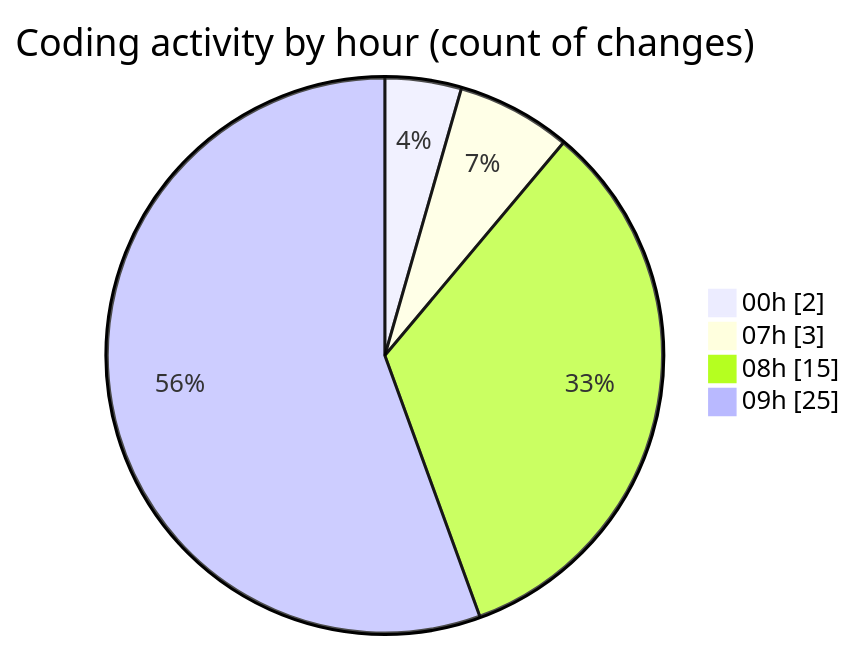
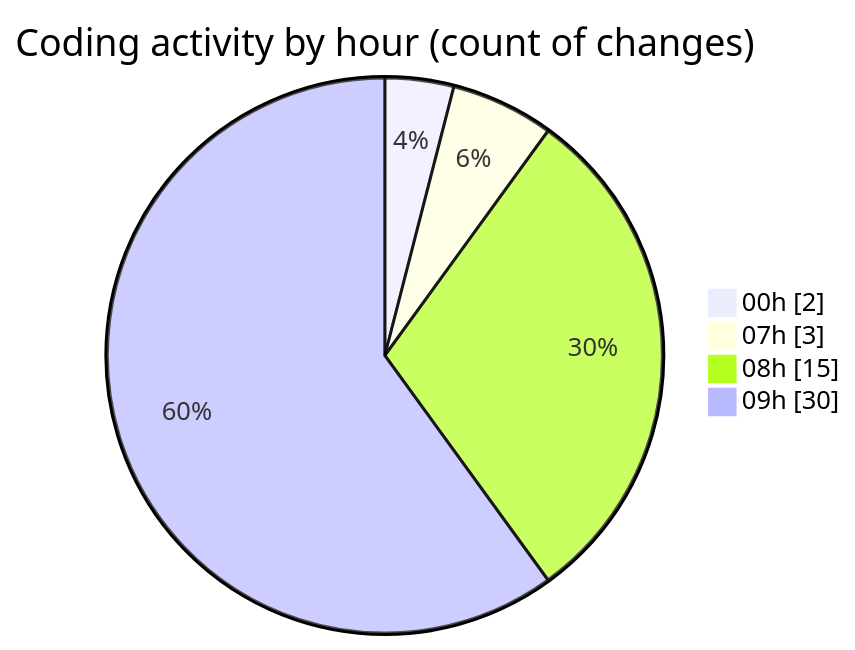
The second of 2 diagrams in 2025-02-10/maps_clone/README.md (donsfak/code-tracking), drawn with Mermaid before and after one commit. The commit also changed other lines of this file and 1 other file, not shown here.

````diff
--- a/2025-02-10/maps_clone/README.md
+++ b/2025-02-10/maps_clone/README.md
@@ -38,8 +38,8 @@
 ```mermaid
 pie showData
 title Coding activity by hour (count of changes)
 "00h" : 2
 "07h" : 3
 "08h" : 15
-"09h" : 25
+"09h" : 30
 ```
````
